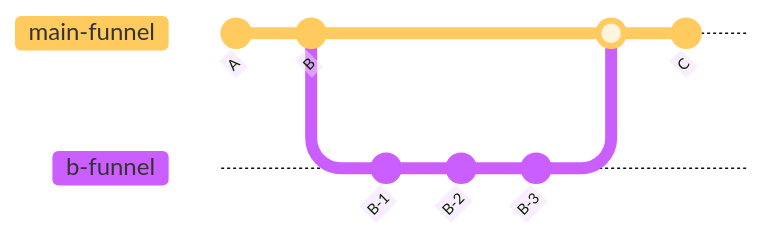
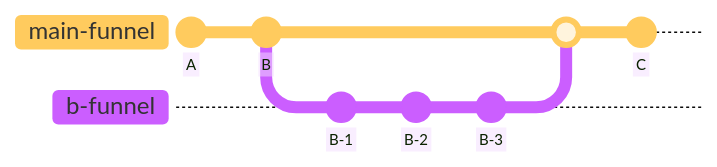
Before and after one commit to toss/use-funnel: the diagram in docs/src/pages/docs/sub-funnel.en.mdx, drawn with Mermaid. The commit also changed other lines of this file and 1 other file, not shown here.

First line of the commit message:
docs(sub-funnel.ko): modified gitGraph for mobile screen (#168)

````diff
--- a/docs/src/pages/docs/sub-funnel.en.mdx
+++ b/docs/src/pages/docs/sub-funnel.en.mdx
@@ -7,14 +9,14 @@
-```mermaid
-%%{init: { 'logLevel': 'debug', 'theme': 'base', 'gitGraph': {'showBranches': true, 'showCommitLabel':true,'mainBranchName': 'main-funnel'}} }%%
-gitGraph
-  commit id: "A"
-  commit id: "B"
-  branch "b-funnel"
-  checkout "b-funnel"
-  commit id: "B-1"
-  commit id: "B-2"
-  commit id: "B-3"
-  checkout "main-funnel"
-  merge "b-funnel"
-  commit id: "C"
-```
+    ```mermaid
+    %%{init: { 'logLevel': 'debug', 'theme': 'base', 'gitGraph': {'showBranches': true, 'showCommitLabel':true,'mainBranchName': 'main-funnel', 'rotateCommitLabel': false}} }%%
+    gitGraph
+      commit id: "A"
+      commit id: "B"
+      branch "b-funnel"
+      checkout "b-funnel"
+      commit id: "B-1"
+      commit id: "B-2"
+      commit id: "B-3"
+      checkout "main-funnel"
+      merge "b-funnel"
+      commit id: "C"
+    ```
````
